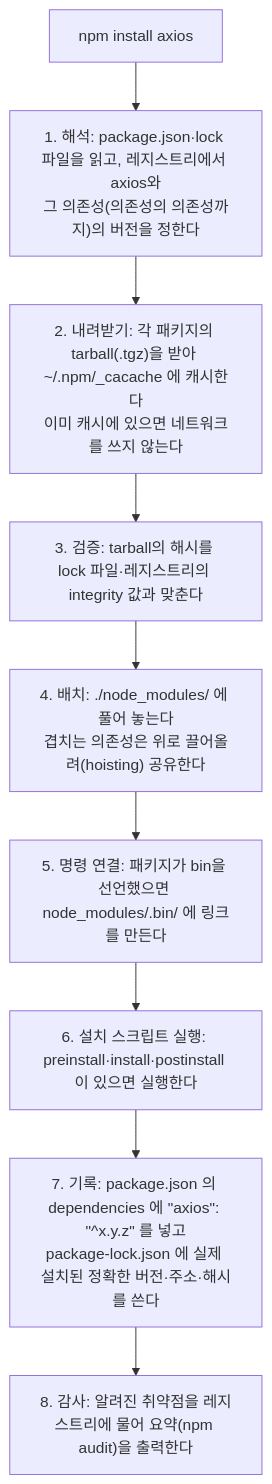
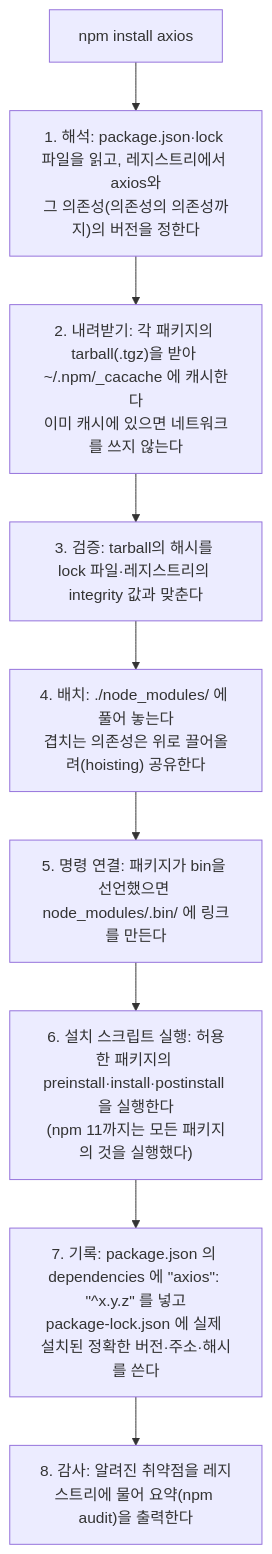
One commit to HerrineKim/riverlog changed the diagram in content/knowledge/Frontend/JavaScript/what-npm-install-does.md. Above: the diagram before and after it, drawn with Mermaid. The commit also changed other lines of this file and 24 other files, not shown here.

````diff
--- a/content/knowledge/Frontend/JavaScript/what-npm-install-does.md
+++ b/content/knowledge/Frontend/JavaScript/what-npm-install-does.md
@@ -21,11 +21,11 @@
 ```mermaid
 flowchart TB
   cmd["npm install axios"] --> s1["1. 해석: package.json·lock 파일을 읽고, 레지스트리에서 axios와<br/>그 의존성(의존성의 의존성까지)의 버전을 정한다"]
   s1 --> s2["2. 내려받기: 각 패키지의 tarball(.tgz)을 받아 ~/.npm/_cacache 에 캐시한다<br/>이미 캐시에 있으면 네트워크를 쓰지 않는다"]
   s2 --> s3["3. 검증: tarball의 해시를 lock 파일·레지스트리의 integrity 값과 맞춘다"]
   s3 --> s4["4. 배치: ./node_modules/ 에 풀어 놓는다<br/>겹치는 의존성은 위로 끌어올려(hoisting) 공유한다"]
   s4 --> s5["5. 명령 연결: 패키지가 bin을 선언했으면 node_modules/.bin/ 에 링크를 만든다"]
-  s5 --> s6["6. 설치 스크립트 실행: preinstall·install·postinstall 이 있으면 실행한다"]
+  s5 --> s6["6. 설치 스크립트 실행: 허용한 패키지의 preinstall·install·postinstall 을 실행한다<br/>(npm 11까지는 모든 패키지의 것을 실행했다)"]
   s6 --> s7["7. 기록: package.json 의 dependencies 에 #quot;axios#quot;: #quot;^x.y.z#quot; 를 넣고<br/>package-lock.json 에 실제 설치된 정확한 버전·주소·해시를 쓴다"]
   s7 --> s8["8. 감사: 알려진 취약점을 레지스트리에 물어 요약(npm audit)을 출력한다"]
 ```
````
